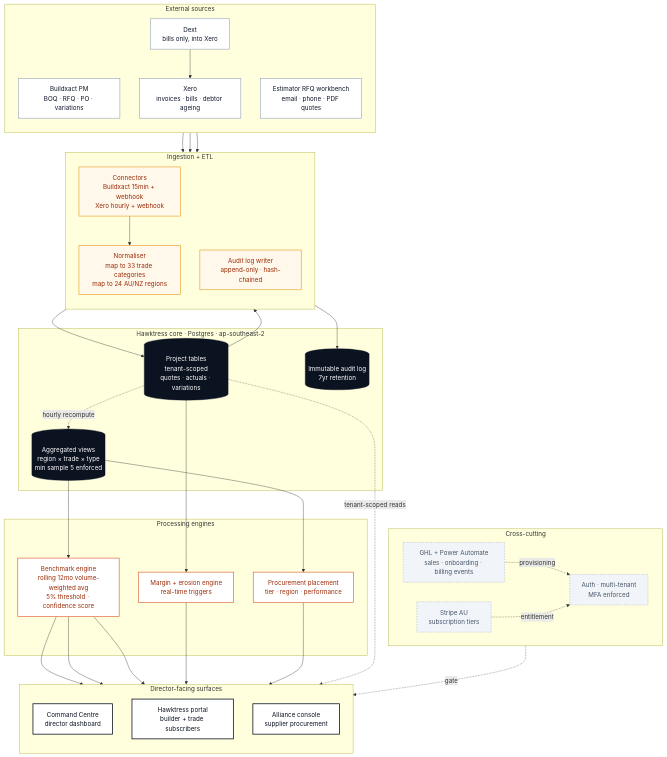
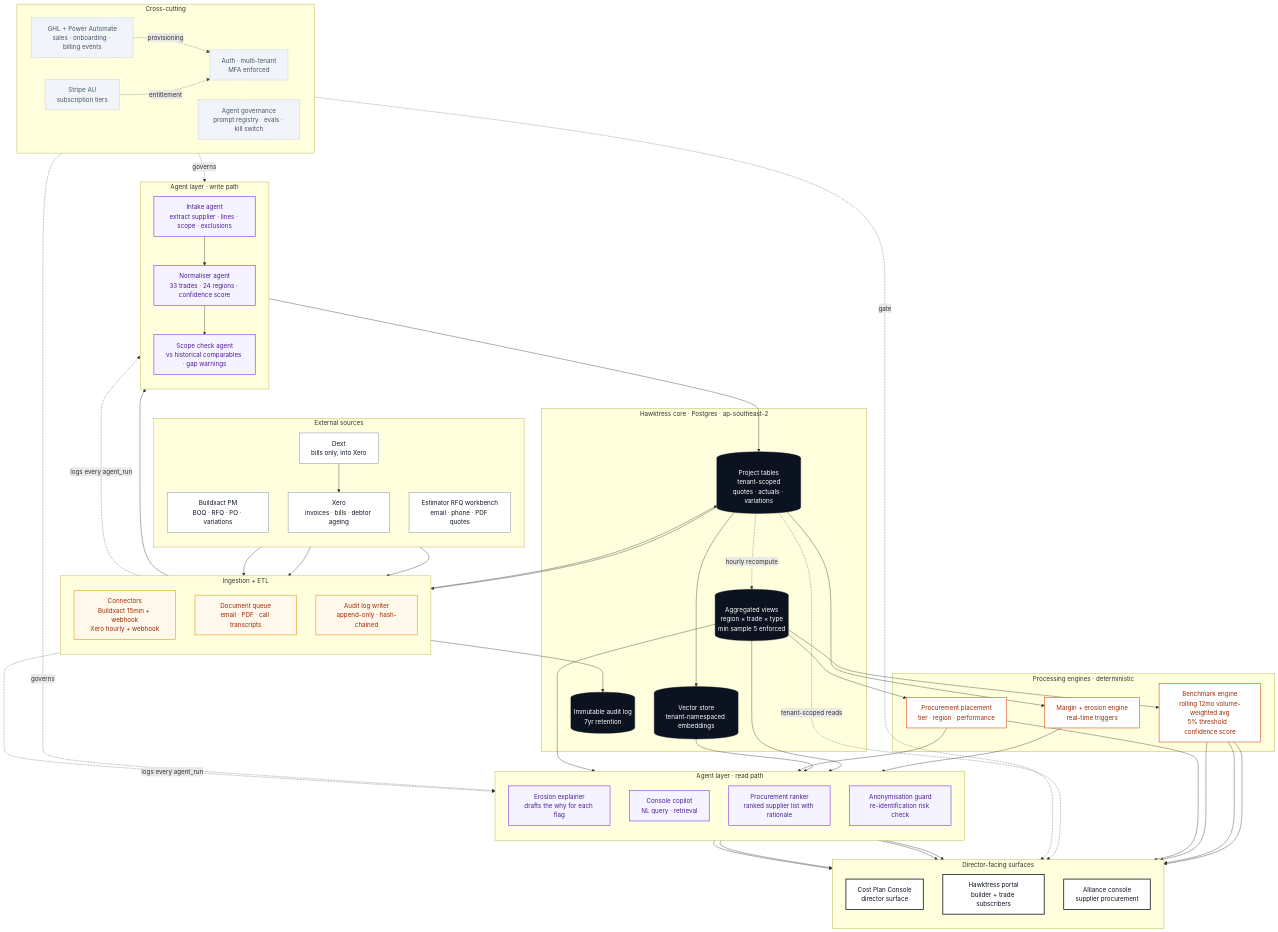
The first of 3 diagrams in src/app/command-centre/architecture/diagrams.md (staceopsguy/buildhawk-site), drawn with Mermaid before and after one commit. The commit also changed other lines of this file and 1 other file, not shown here.

First line of the commit message:
Architecture page: add agent layer to all three diagrams

````diff
--- a/src/app/command-centre/architecture/diagrams.md
+++ b/src/app/command-centre/architecture/diagrams.md
@@ -14,6 +16,7 @@
 graph TB
   classDef src fill:#fff,stroke:#94A3B8,stroke-width:1.5px,color:#0F172A
   classDef ingest fill:#FFF8EB,stroke:#E89A1A,stroke-width:1.5px,color:#9A2A06
+  classDef agent fill:#F5F3FF,stroke:#7C3AED,stroke-width:1.5px,color:#4C1D95
   classDef core fill:#0B1220,stroke:#0B1220,color:#fff
   classDef engine fill:#fff,stroke:#DE5123,stroke-width:1.5px,color:#9A2A06
   classDef surface fill:#fff,stroke:#0B1220,stroke-width:2px,color:#0B1220
@@ -30,25 +33,41 @@
   subgraph Ingest[" Ingestion + ETL "]
     direction TB
     PULL["Connectors<br/>Buildxact 15min + webhook<br/>Xero hourly + webhook"]:::ingest
-    NORM["Normaliser<br/>map to 33 trade categories<br/>map to 24 AU/NZ regions"]:::ingest
+    DOCQ["Document queue<br/>email · PDF · call transcripts"]:::ingest
     AUDWR["Audit log writer<br/>append-only · hash-chained"]:::ingest
+  end
+
+  subgraph AgentsW[" Agent layer · write path "]
+    direction TB
+    INTAKE["Intake agent<br/>extract supplier · lines · scope · exclusions"]:::agent
+    NORMA["Normaliser agent<br/>33 trades · 24 regions · confidence score"]:::agent
+    SCOPEA["Scope check agent<br/>vs historical comparables · gap warnings"]:::agent
   end
 
   subgraph Core[" Hawktress core · Postgres · ap-southeast-2 "]
     PROJ[("Project tables<br/>tenant-scoped<br/>quotes · actuals · variations")]:::core
+    VEC[("Vector store<br/>tenant-namespaced embeddings")]:::core
     AGG[("Aggregated views<br/>region × trade × type<br/>min sample 5 enforced")]:::core
     AUDIT[("Immutable audit log<br/>7yr retention")]:::core
   end
 
-  subgraph Engines[" Processing engines "]
+  subgraph Engines[" Processing engines · deterministic "]
     BENCH["Benchmark engine<br/>rolling 12mo volume-weighted avg<br/>5% threshold · confidence score"]:::engine
     FLAGS["Margin + erosion engine<br/>real-time triggers"]:::engine
     PLACE["Procurement placement<br/>tier · region · performance"]:::engine
   end
 
+  subgraph AgentsR[" Agent layer · read path "]
+    direction TB
+    EROS["Erosion explainer<br/>drafts the why for each flag"]:::agent
+    COPI["Console copilot<br/>NL query · retrieval"]:::agent
+    RANK["Procurement ranker<br/>ranked supplier list with rationale"]:::agent
+    ANON["Anonymisation guard<br/>re-identification risk check"]:::agent
+  end
+
   subgraph Surfaces[" Director-facing surfaces "]
     direction TB
-    CC["Command Centre<br/>director dashboard"]:::surface
+    CC["Cost Plan Console<br/>director surface"]:::surface
     SUB["Hawktress portal<br/>builder + trade subscribers"]:::surface
     ALL["Alliance console<br/>supplier procurement"]:::surface
   end
@@ -58,27 +77,47 @@
     AUTH["Auth · multi-tenant<br/>MFA enforced"]:::cross
     BILL["Stripe AU<br/>subscription tiers"]:::cross
     SPINE["GHL + Power Automate<br/>sales · onboarding · billing events"]:::cross
+    GOV["Agent governance<br/>prompt registry · evals · kill switch"]:::cross
   end
 
   DX --> XR
   BX --> PULL
   XR --> PULL
-  WB --> NORM
-  PULL --> NORM
-  NORM --> PROJ
+  WB --> DOCQ
+  PULL --> PROJ
+  DOCQ --> INTAKE
+  INTAKE --> NORMA
+  NORMA --> SCOPEA
+  SCOPEA --> PROJ
   PROJ -. hourly recompute .-> AGG
+  PROJ --> VEC
   PROJ --> AUDWR
   AUDWR --> AUDIT
   AGG --> BENCH
   PROJ --> FLAGS
   AGG --> PLACE
+
+  FLAGS --> EROS
+  AGG --> COPI
+  VEC --> COPI
+  PLACE --> RANK
+  AGG --> ANON
+
+  EROS --> CC
+  COPI --> CC
   BENCH --> CC
   BENCH --> SUB
   BENCH --> ALL
-  FLAGS --> CC
+  RANK --> ALL
   PLACE --> ALL
+  ANON --> SUB
   PROJ -. tenant-scoped reads .-> CC
+
   AUTH -. gate .-> Surfaces
   SPINE -. provisioning .-> AUTH
   BILL -. entitlement .-> AUTH
+  GOV -. governs .-> AgentsW
+  GOV -. governs .-> AgentsR
+  AUDWR -. logs every agent_run .-> AgentsW
+  AUDWR -. logs every agent_run .-> AgentsR
 ```
````
